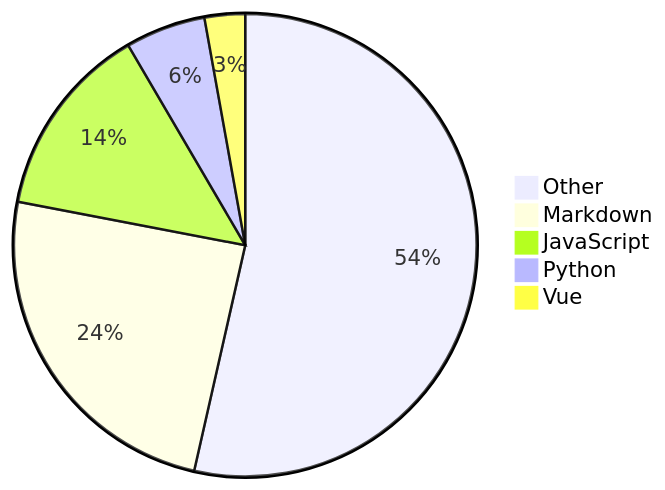
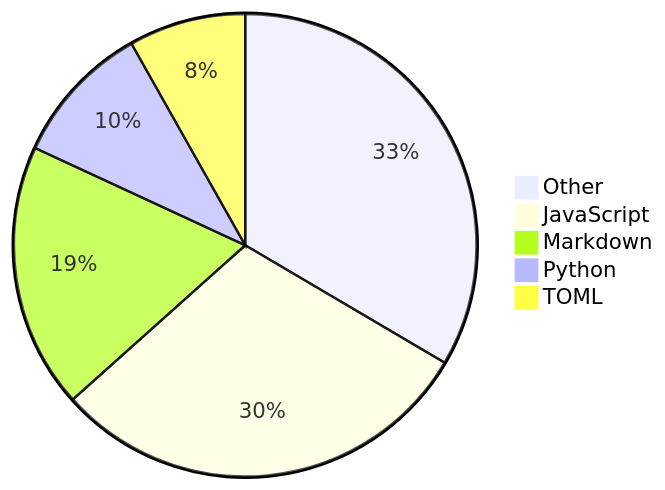
Before and after one commit to Alicia111/alicia111: the diagram in README.md, drawn with Mermaid.

Commit message:
Update WakaTime stats (・ω・)b

````diff
--- a/README.md
+++ b/README.md
@@ -32,8 +32,8 @@
 ```mermaid
 pie
-    "Other" : 53.54
-    "Markdown" : 24.46
-    "JavaScript" : 13.56
-    "Python" : 5.6
-    "Vue" : 2.83
+    "Other" : 30.54
+    "JavaScript" : 27.3
+    "Markdown" : 16.89
+    "Python" : 9.06
+    "TOML" : 7.46
 ```
````
